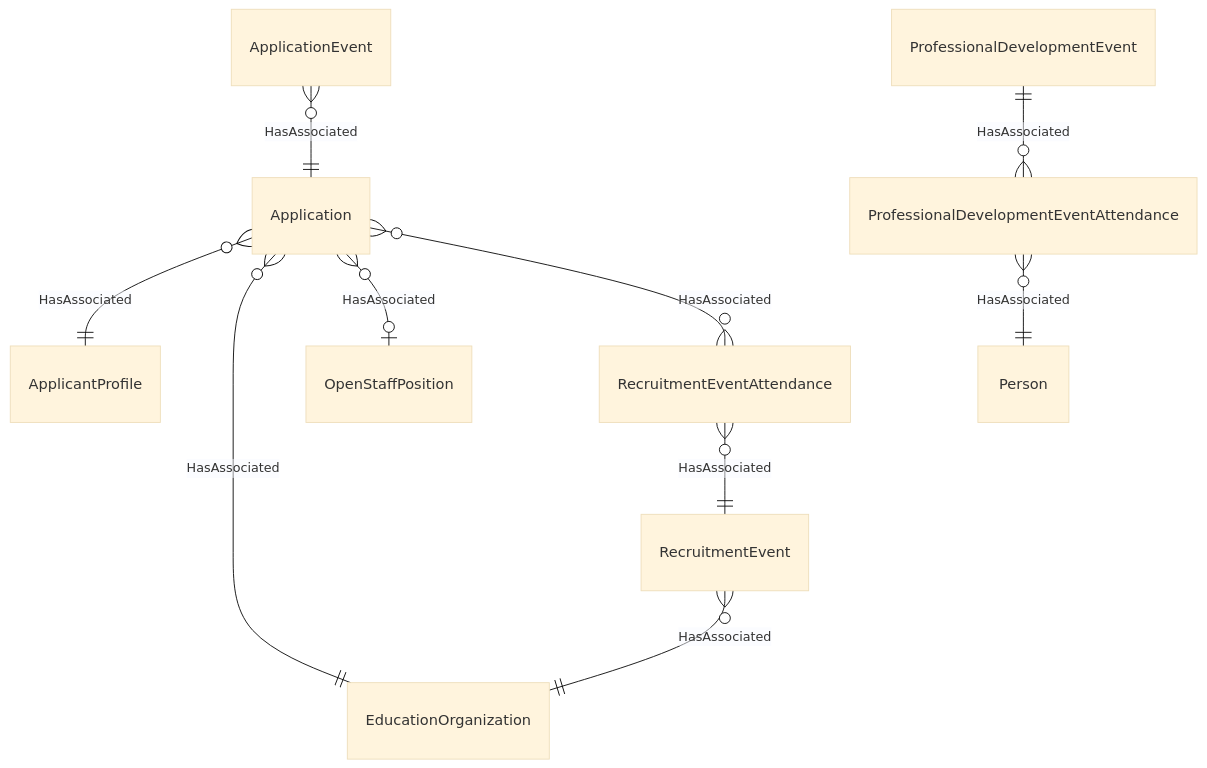
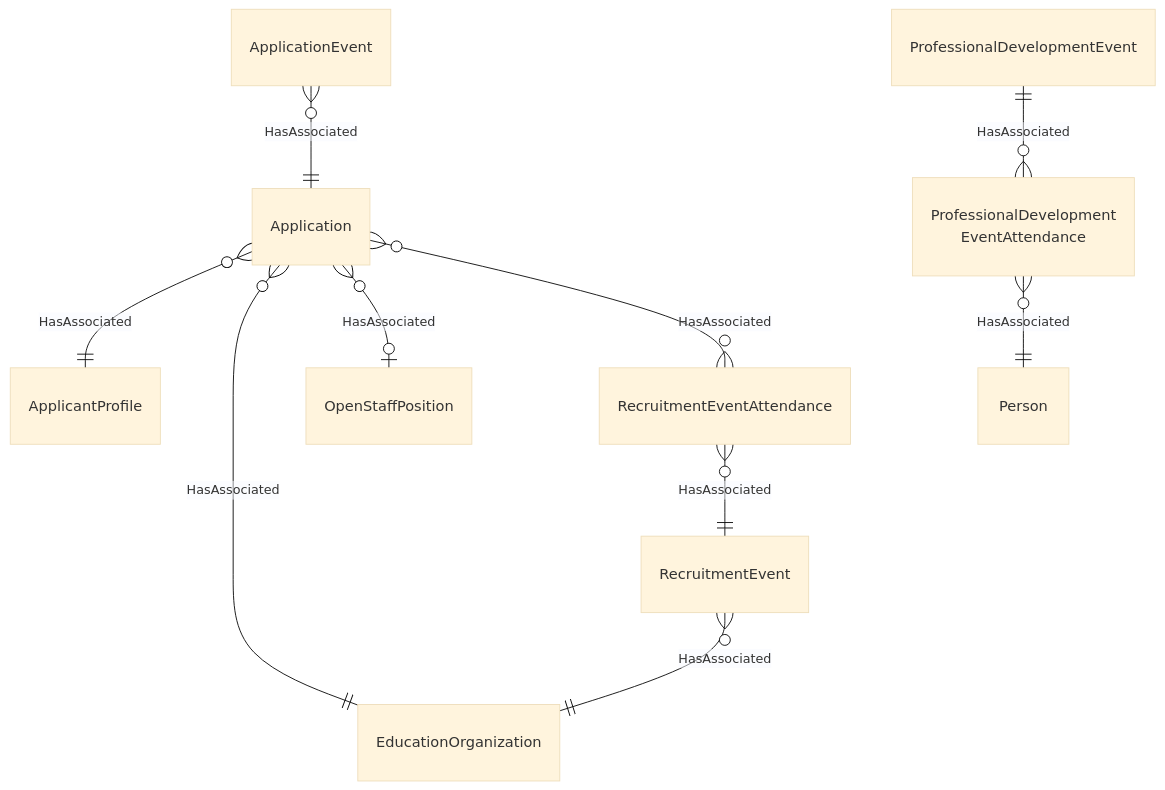
Before and after one commit to Ed-Fi-Alliance-OSS/ed-fi-alliance-oss.github.io: the diagram in dataStandard_versioned_docs/version-6/model-reference/recruiting-and-staffing-domain/RecruitmentAndStaffing-simple.mmd, drawn with Mermaid (base theme). The commit also changed 20 other files, not shown here.

First line of the commit message:
Added Alternate Label Text and Line Breaks to Simple Diagrams

```diff
--- a/dataStandard_versioned_docs/version-6/model-reference/recruiting-and-staffing-domain/RecruitmentAndStaffing-simple.mmd
+++ b/dataStandard_versioned_docs/version-6/model-reference/recruiting-and-staffing-domain/RecruitmentAndStaffing-simple.mmd
@@ -1,30 +1,30 @@
 erDiagram
     ApplicantProfile {
     }
     Application {
     }
     ApplicationEvent {
     }
     OpenStaffPosition {
     }
     RecruitmentEvent {
     }
     RecruitmentEventAttendance {
     }
     ProfessionalDevelopmentEvent {
     }
-    ProfessionalDevelopmentEventAttendance {
+    ProfessionalDevelopmentEventAttendance["ProfessionalDevelopment<br/>EventAttendance"] {
     }
     Person {
     }
     EducationOrganization {
     }
     Application }o--|| ApplicantProfile : "HasAssociated"
     Application }o--|| EducationOrganization : "HasAssociated"
     Application }o--o| OpenStaffPosition : "HasAssociated"
     Application }o--o{ RecruitmentEventAttendance : "HasAssociated"
     ApplicationEvent }o--|| Application : "HasAssociated"
     RecruitmentEvent }o--|| EducationOrganization : "HasAssociated"
     RecruitmentEventAttendance }o--|| RecruitmentEvent : "HasAssociated" 
     ProfessionalDevelopmentEvent ||--o{ ProfessionalDevelopmentEventAttendance : "HasAssociated"
     ProfessionalDevelopmentEventAttendance }o--|| Person : "HasAssociated"
```
